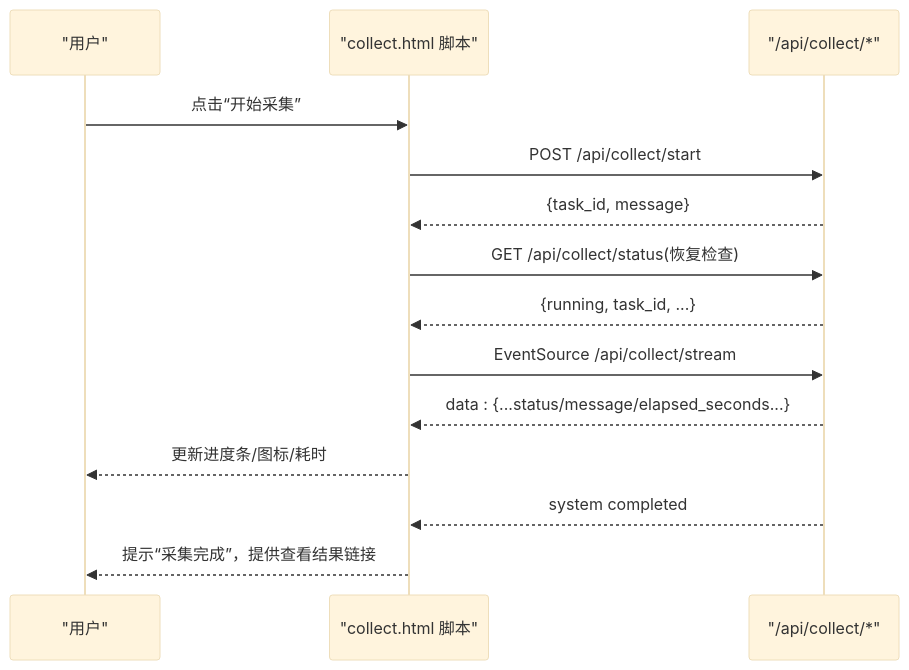
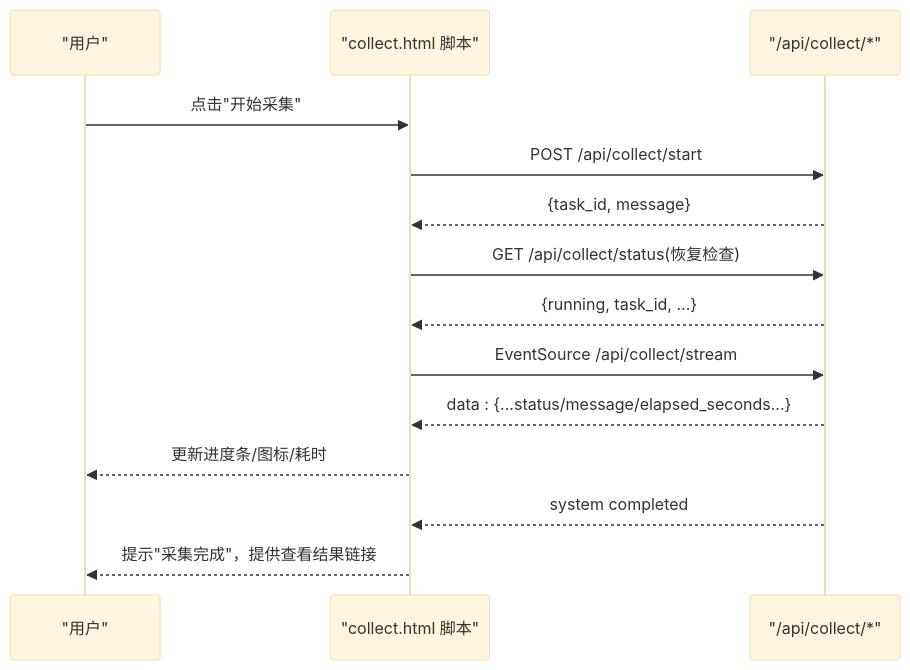
The seventh of 11 diagrams in .qoder/repowiki/zh/content/Web应用/前端界面/前端界面.md (oreovan567-pixel/middle-platform-data-collector), drawn with Mermaid (base theme) before and after one commit. The commit also changed other lines of this file and 9 other files, not shown here.

````diff
--- a/.qoder/repowiki/zh/content/Web应用/前端界面/前端界面.md
+++ b/.qoder/repowiki/zh/content/Web应用/前端界面/前端界面.md
@@ -202,16 +278,16 @@
 ```mermaid
 sequenceDiagram
 participant U as "用户"
 participant C as "collect.html 脚本"
 participant API as "/api/collect/*"
-U->>C : 点击“开始采集”
+U->>C : 点击"开始采集"
 C->>API : POST /api/collect/start
 API-->>C : {task_id, message}
 C->>API : GET /api/collect/status(恢复检查)
 API-->>C : {running, task_id, ...}
 C->>API : EventSource /api/collect/stream
 API-->>C : data : {...status/message/elapsed_seconds...}
 C-->>U : 更新进度条/图标/耗时
 API-->>C : system completed
-C-->>U : 提示“采集完成”，提供查看结果链接
+C-->>U : 提示"采集完成"，提供查看结果链接
 ```
````
